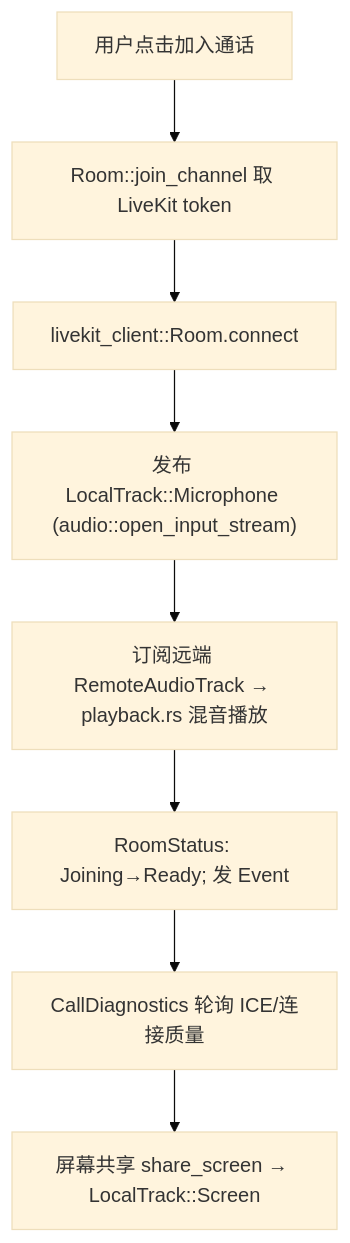
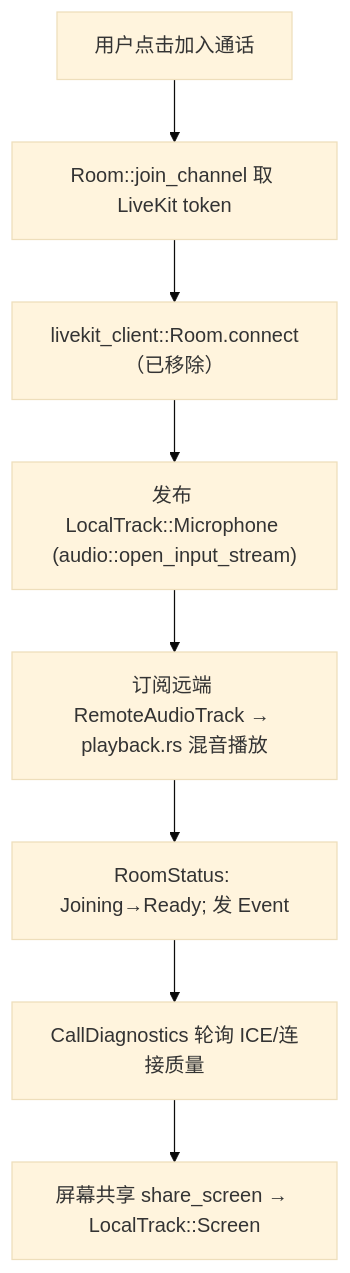
One commit to rzhangjing/zed changed the second of 2 diagrams in wiki/Call-and-Voice-Deep-Dive.md. Above: the diagram before and after it, drawn with Mermaid (base theme). The commit also changed other lines of this file and 50 other files, not shown here.

````diff
--- a/wiki/Call-and-Voice-Deep-Dive.md
+++ b/wiki/Call-and-Voice-Deep-Dive.md
@@ -68,10 +70,10 @@
 ```mermaid
 graph TB
     A["用户点击加入通话"] --> B["Room::join_channel 取 LiveKit token"]
-    B --> C["livekit_client::Room.connect"]
+    B --> C["livekit_client::Room.connect（已移除）"]
     C --> D["发布 LocalTrack::Microphone (audio::open_input_stream)"]
     D --> E["订阅远端 RemoteAudioTrack → playback.rs 混音播放"]
     E --> F["RoomStatus: Joining→Ready; 发 Event"]
     F --> G["CallDiagnostics 轮询 ICE/连接质量"]
     G --> H["屏幕共享 share_screen → LocalTrack::Screen"]
 ```
````
